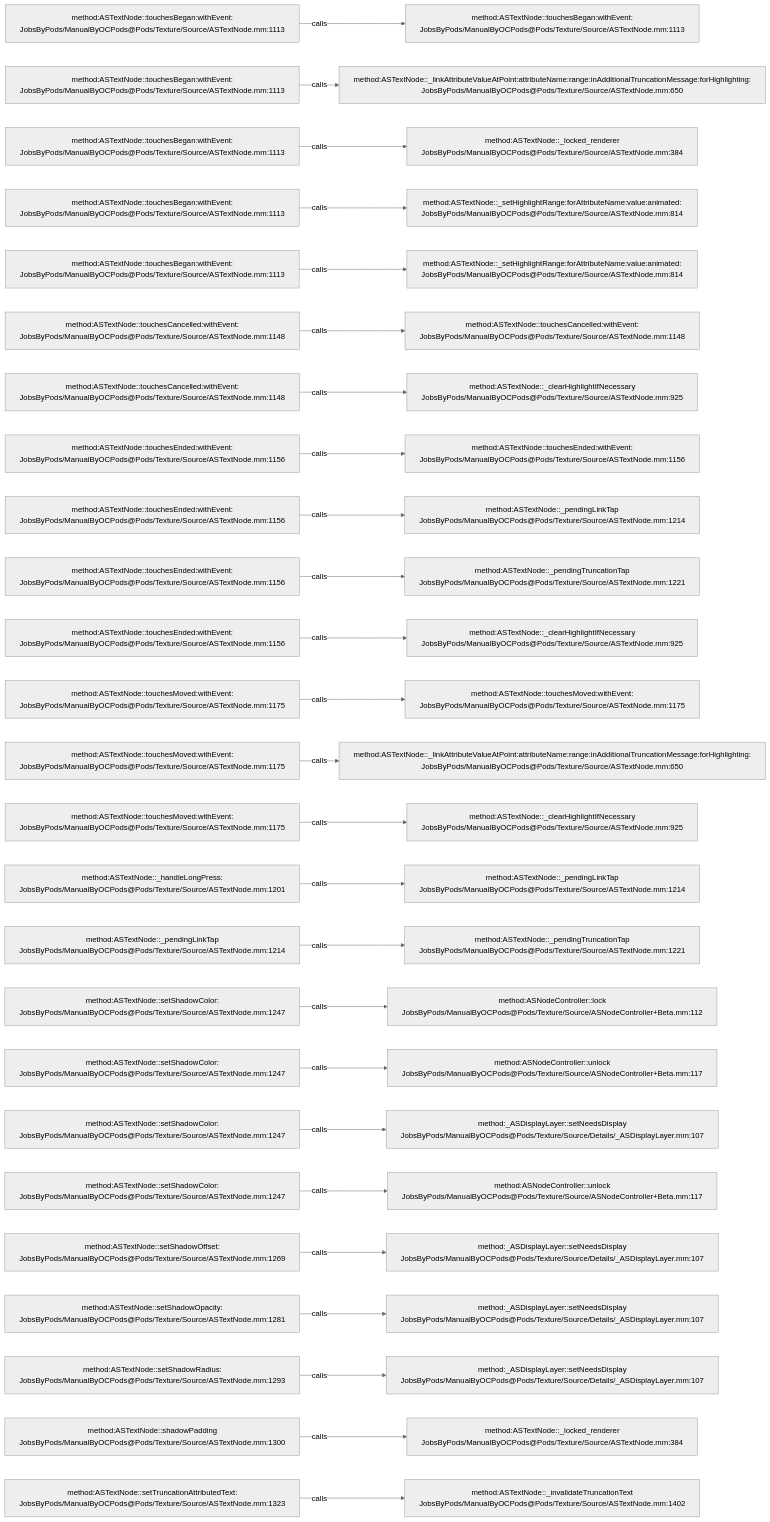
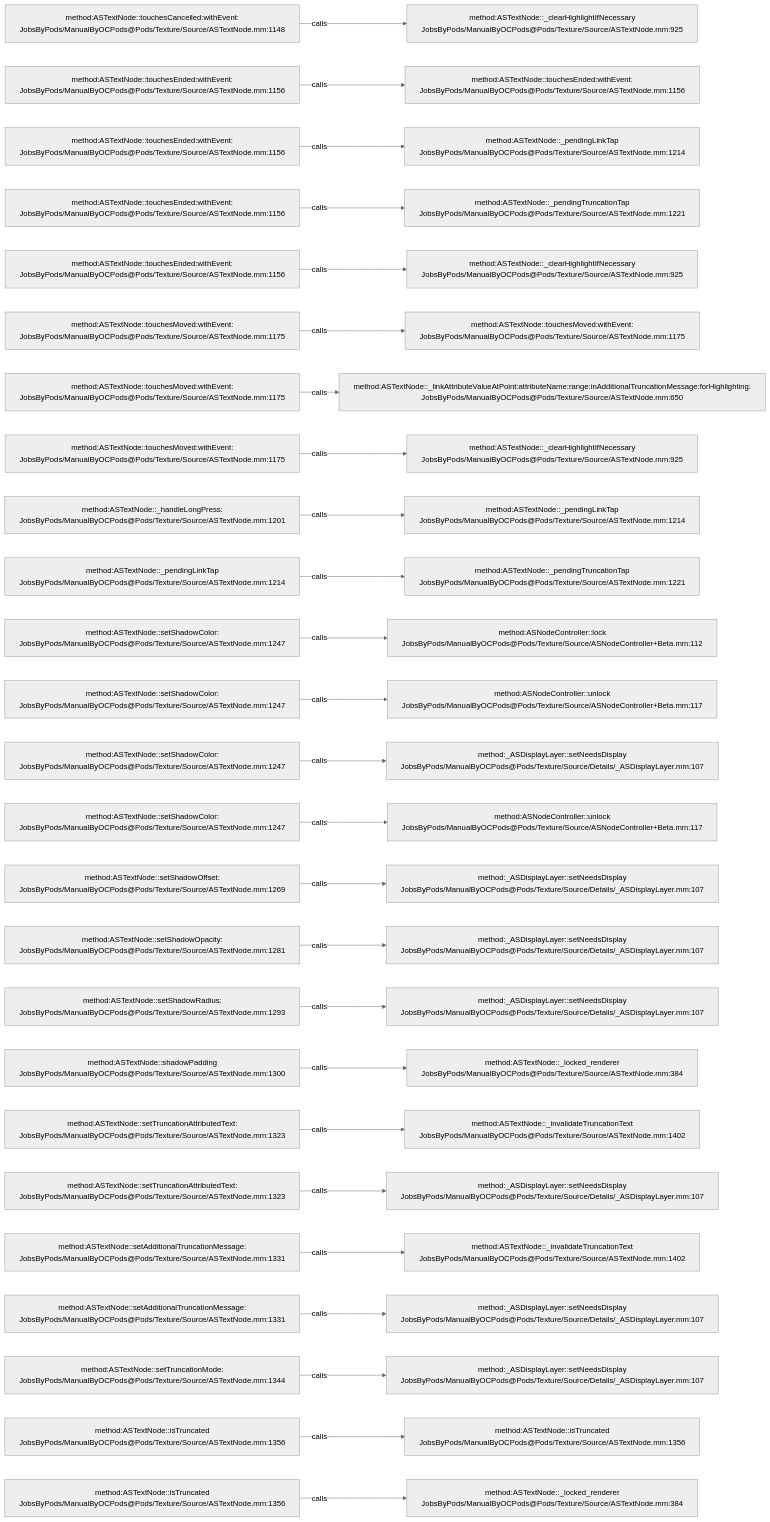
Before and after one commit to JobsKits/JobsOCBaseConfigDemo: the diagram in .codegraph/codegraph.md/graphs/calls-129.md, drawn with Mermaid (neutral theme). The commit also changed 666 other files, not shown here.

````diff
--- a/.codegraph/codegraph.md/graphs/calls-129.md
+++ b/.codegraph/codegraph.md/graphs/calls-129.md
@@ -13,78 +13,78 @@
 ```mermaid
 flowchart LR
-  S1["method:ASTextNode::touchesBegan:withEvent:<br/>JobsByPods/ManualByOCPods@Pods/Texture/Source/ASTextNode.mm:1113"]
-  T1["method:ASTextNode::touchesBegan:withEvent:<br/>JobsByPods/ManualByOCPods@Pods/Texture/Source/ASTextNode.mm:1113"]
+  S1["method:ASTextNode::touchesCancelled:withEvent:<br/>JobsByPods/ManualByOCPods@Pods/Texture/Source/ASTextNode.mm:1148"]
+  T1["method:ASTextNode::_clearHighlightIfNecessary<br/>JobsByPods/ManualByOCPods@Pods/Texture/Source/ASTextNode.mm:925"]
   S1 -->|calls| T1
-  S2["method:ASTextNode::touchesBegan:withEvent:<br/>JobsByPods/ManualByOCPods@Pods/Texture/Source/ASTextNode.mm:1113"]
-  T2["method:ASTextNode::_linkAttributeValueAtPoint:attributeName:range:inAdditionalTruncationMessage:forHighlighting:<br/>JobsByPods/ManualByOCPods@Pods/Texture/Source/ASTextNode.mm:650"]
+  S2["method:ASTextNode::touchesEnded:withEvent:<br/>JobsByPods/ManualByOCPods@Pods/Texture/Source/ASTextNode.mm:1156"]
+  T2["method:ASTextNode::touchesEnded:withEvent:<br/>JobsByPods/ManualByOCPods@Pods/Texture/Source/ASTextNode.mm:1156"]
   S2 -->|calls| T2
-  S3["method:ASTextNode::touchesBegan:withEvent:<br/>JobsByPods/ManualByOCPods@Pods/Texture/Source/ASTextNode.mm:1113"]
-  T3["method:ASTextNode::_locked_renderer<br/>JobsByPods/ManualByOCPods@Pods/Texture/Source/ASTextNode.mm:384"]
+  S3["method:ASTextNode::touchesEnded:withEvent:<br/>JobsByPods/ManualByOCPods@Pods/Texture/Source/ASTextNode.mm:1156"]
+  T3["method:ASTextNode::_pendingLinkTap<br/>JobsByPods/ManualByOCPods@Pods/Texture/Source/ASTextNode.mm:1214"]
   S3 -->|calls| T3
-  S4["method:ASTextNode::touchesBegan:withEvent:<br/>JobsByPods/ManualByOCPods@Pods/Texture/Source/ASTextNode.mm:1113"]
-  T4["method:ASTextNode::_setHighlightRange:forAttributeName:value:animated:<br/>JobsByPods/ManualByOCPods@Pods/Texture/Source/ASTextNode.mm:814"]
+  S4["method:ASTextNode::touchesEnded:withEvent:<br/>JobsByPods/ManualByOCPods@Pods/Texture/Source/ASTextNode.mm:1156"]
+  T4["method:ASTextNode::_pendingTruncationTap<br/>JobsByPods/ManualByOCPods@Pods/Texture/Source/ASTextNode.mm:1221"]
   S4 -->|calls| T4
-  S5["method:ASTextNode::touchesBegan:withEvent:<br/>JobsByPods/ManualByOCPods@Pods/Texture/Source/ASTextNode.mm:1113"]
-  T5["method:ASTextNode::_setHighlightRange:forAttributeName:value:animated:<br/>JobsByPods/ManualByOCPods@Pods/Texture/Source/ASTextNode.mm:814"]
+  S5["method:ASTextNode::touchesEnded:withEvent:<br/>JobsByPods/ManualByOCPods@Pods/Texture/Source/ASTextNode.mm:1156"]
+  T5["method:ASTextNode::_clearHighlightIfNecessary<br/>JobsByPods/ManualByOCPods@Pods/Texture/Source/ASTextNode.mm:925"]
   S5 -->|calls| T5
-  S6["method:ASTextNode::touchesCancelled:withEvent:<br/>JobsByPods/ManualByOCPods@Pods/Texture/Source/ASTextNode.mm:1148"]
-  T6["method:ASTextNode::touchesCancelled:withEvent:<br/>JobsByPods/ManualByOCPods@Pods/Texture/Source/ASTextNode.mm:1148"]
+  S6["method:ASTextNode::touchesMoved:withEvent:<br/>JobsByPods/ManualByOCPods@Pods/Texture/Source/ASTextNode.mm:1175"]
+  T6["method:ASTextNode::touchesMoved:withEvent:<br/>JobsByPods/ManualByOCPods@Pods/Texture/Source/ASTextNode.mm:1175"]
   S6 -->|calls| T6
-  S7["method:ASTextNode::touchesCancelled:withEvent:<br/>JobsByPods/ManualByOCPods@Pods/Texture/Source/ASTextNode.mm:1148"]
-  T7["method:ASTextNode::_clearHighlightIfNecessary<br/>JobsByPods/ManualByOCPods@Pods/Texture/Source/ASTextNode.mm:925"]
+  S7["method:ASTextNode::touchesMoved:withEvent:<br/>JobsByPods/ManualByOCPods@Pods/Texture/Source/ASTextNode.mm:1175"]
+  T7["method:ASTextNode::_linkAttributeValueAtPoint:attributeName:range:inAdditionalTruncationMessage:forHighlighting:<br/>JobsByPods/ManualByOCPods@Pods/Texture/Source/ASTextNode.mm:650"]
   S7 -->|calls| T7
-  S8["method:ASTextNode::touchesEnded:withEvent:<br/>JobsByPods/ManualByOCPods@Pods/Texture/Source/ASTextNode.mm:1156"]
-  T8["method:ASTextNode::touchesEnded:withEvent:<br/>JobsByPods/ManualByOCPods@Pods/Texture/Source/ASTextNode.mm:1156"]
+  S8["method:ASTextNode::touchesMoved:withEvent:<br/>JobsByPods/ManualByOCPods@Pods/Texture/Source/ASTextNode.mm:1175"]
+  T8["method:ASTextNode::_clearHighlightIfNecessary<br/>JobsByPods/ManualByOCPods@Pods/Texture/Source/ASTextNode.mm:925"]
   S8 -->|calls| T8
-  S9["method:ASTextNode::touchesEnded:withEvent:<br/>JobsByPods/ManualByOCPods@Pods/Texture/Source/ASTextNode.mm:1156"]
+  S9["method:ASTextNode::_handleLongPress:<br/>JobsByPods/ManualByOCPods@Pods/Texture/Source/ASTextNode.mm:1201"]
   T9["method:ASTextNode::_pendingLinkTap<br/>JobsByPods/ManualByOCPods@Pods/Texture/Source/ASTextNode.mm:1214"]
   S9 -->|calls| T9
-  S10["method:ASTextNode::touchesEnded:withEvent:<br/>JobsByPods/ManualByOCPods@Pods/Texture/Source/ASTextNode.mm:1156"]
+  S10["method:ASTextNode::_pendingLinkTap<br/>JobsByPods/ManualByOCPods@Pods/Texture/Source/ASTextNode.mm:1214"]
   T10["method:ASTextNode::_pendingTruncationTap<br/>JobsByPods/ManualByOCPods@Pods/Texture/Source/ASTextNode.mm:1221"]
   S10 -->|calls| T10
-  S11["method:ASTextNode::touchesEnded:withEvent:<br/>JobsByPods/ManualByOCPods@Pods/Texture/Source/ASTextNode.mm:1156"]
-  T11["method:ASTextNode::_clearHighlightIfNecessary<br/>JobsByPods/ManualByOCPods@Pods/Texture/Source/ASTextNode.mm:925"]
+  S11["method:ASTextNode::setShadowColor:<br/>JobsByPods/ManualByOCPods@Pods/Texture/Source/ASTextNode.mm:1247"]
+  T11["method:ASNodeController::lock<br/>JobsByPods/ManualByOCPods@Pods/Texture/Source/ASNodeController+Beta.mm:112"]
   S11 -->|calls| T11
-  S12["method:ASTextNode::touchesMoved:withEvent:<br/>JobsByPods/ManualByOCPods@Pods/Texture/Source/ASTextNode.mm:1175"]
-  T12["method:ASTextNode::touchesMoved:withEvent:<br/>JobsByPods/ManualByOCPods@Pods/Texture/Source/ASTextNode.mm:1175"]
+  S12["method:ASTextNode::setShadowColor:<br/>JobsByPods/ManualByOCPods@Pods/Texture/Source/ASTextNode.mm:1247"]
+  T12["method:ASNodeController::unlock<br/>JobsByPods/ManualByOCPods@Pods/Texture/Source/ASNodeController+Beta.mm:117"]
   S12 -->|calls| T12
-  S13["method:ASTextNode::touchesMoved:withEvent:<br/>JobsByPods/ManualByOCPods@Pods/Texture/Source/ASTextNode.mm:1175"]
-  T13["method:ASTextNode::_linkAttributeValueAtPoint:attributeName:range:inAdditionalTruncationMessage:forHighlighting:<br/>JobsByPods/ManualByOCPods@Pods/Texture/Source/ASTextNode.mm:650"]
+  S13["method:ASTextNode::setShadowColor:<br/>JobsByPods/ManualByOCPods@Pods/Texture/Source/ASTextNode.mm:1247"]
+  T13["method:_ASDisplayLayer::setNeedsDisplay<br/>JobsByPods/ManualByOCPods@Pods/Texture/Source/Details/_ASDisplayLayer.mm:107"]
   S13 -->|calls| T13
-  S14["method:ASTextNode::touchesMoved:withEvent:<br/>JobsByPods/ManualByOCPods@Pods/Texture/Source/ASTextNode.mm:1175"]
-  T14["method:ASTextNode::_clearHighlightIfNecessary<br/>JobsByPods/ManualByOCPods@Pods/Texture/Source/ASTextNode.mm:925"]
+  S14["method:ASTextNode::setShadowColor:<br/>JobsByPods/ManualByOCPods@Pods/Texture/Source/ASTextNode.mm:1247"]
+  T14["method:ASNodeController::unlock<br/>JobsByPods/ManualByOCPods@Pods/Texture/Source/ASNodeController+Beta.mm:117"]
   S14 -->|calls| T14
-  S15["method:ASTextNode::_handleLongPress:<br/>JobsByPods/ManualByOCPods@Pods/Texture/Source/ASTextNode.mm:1201"]
-  T15["method:ASTextNode::_pendingLinkTap<br/>JobsByPods/ManualByOCPods@Pods/Texture/Source/ASTextNode.mm:1214"]
+  S15["method:ASTextNode::setShadowOffset:<br/>JobsByPods/ManualByOCPods@Pods/Texture/Source/ASTextNode.mm:1269"]
+  T15["method:_ASDisplayLayer::setNeedsDisplay<br/>JobsByPods/ManualByOCPods@Pods/Texture/Source/Details/_ASDisplayLayer.mm:107"]
   S15 -->|calls| T15
-  S16["method:ASTextNode::_pendingLinkTap<br/>JobsByPods/ManualByOCPods@Pods/Texture/Source/ASTextNode.mm:1214"]
-  T16["method:ASTextNode::_pendingTruncationTap<br/>JobsByPods/ManualByOCPods@Pods/Texture/Source/ASTextNode.mm:1221"]
+  S16["method:ASTextNode::setShadowOpacity:<br/>JobsByPods/ManualByOCPods@Pods/Texture/Source/ASTextNode.mm:1281"]
+  T16["method:_ASDisplayLayer::setNeedsDisplay<br/>JobsByPods/ManualByOCPods@Pods/Texture/Source/Details/_ASDisplayLayer.mm:107"]
   S16 -->|calls| T16
-  S17["method:ASTextNode::setShadowColor:<br/>JobsByPods/ManualByOCPods@Pods/Texture/Source/ASTextNode.mm:1247"]
-  T17["method:ASNodeController::lock<br/>JobsByPods/ManualByOCPods@Pods/Texture/Source/ASNodeController+Beta.mm:112"]
+  S17["method:ASTextNode::setShadowRadius:<br/>JobsByPods/ManualByOCPods@Pods/Texture/Source/ASTextNode.mm:1293"]
+  T17["method:_ASDisplayLayer::setNeedsDisplay<br/>JobsByPods/ManualByOCPods@Pods/Texture/Source/Details/_ASDisplayLayer.mm:107"]
   S17 -->|calls| T17
-  S18["method:ASTextNode::setShadowColor:<br/>JobsByPods/ManualByOCPods@Pods/Texture/Source/ASTextNode.mm:1247"]
-  T18["method:ASNodeController::unlock<br/>JobsByPods/ManualByOCPods@Pods/Texture/Source/ASNodeController+Beta.mm:117"]
+  S18["method:ASTextNode::shadowPadding<br/>JobsByPods/ManualByOCPods@Pods/Texture/Source/ASTextNode.mm:1300"]
+  T18["method:ASTextNode::_locked_renderer<br/>JobsByPods/ManualByOCPods@Pods/Texture/Source/ASTextNode.mm:384"]
   S18 -->|calls| T18
-  S19["method:ASTextNode::setShadowColor:<br/>JobsByPods/ManualByOCPods@Pods/Texture/Source/ASTextNode.mm:1247"]
-  T19["method:_ASDisplayLayer::setNeedsDisplay<br/>JobsByPods/ManualByOCPods@Pods/Texture/Source/Details/_ASDisplayLayer.mm:107"]
+  S19["method:ASTextNode::setTruncationAttributedText:<br/>JobsByPods/ManualByOCPods@Pods/Texture/Source/ASTextNode.mm:1323"]
+  T19["method:ASTextNode::_invalidateTruncationText<br/>JobsByPods/ManualByOCPods@Pods/Texture/Source/ASTextNode.mm:1402"]
   S19 -->|calls| T19
-  S20["method:ASTextNode::setShadowColor:<br/>JobsByPods/ManualByOCPods@Pods/Texture/Source/ASTextNode.mm:1247"]
-  T20["method:ASNodeController::unlock<br/>JobsByPods/ManualByOCPods@Pods/Texture/Source/ASNodeController+Beta.mm:117"]
+  S20["method:ASTextNode::setTruncationAttributedText:<br/>JobsByPods/ManualByOCPods@Pods/Texture/Source/ASTextNode.mm:1323"]
+  T20["method:_ASDisplayLayer::setNeedsDisplay<br/>JobsByPods/ManualByOCPods@Pods/Texture/Source/Details/_ASDisplayLayer.mm:107"]
   S20 -->|calls| T20
-  S21["method:ASTextNode::setShadowOffset:<br/>JobsByPods/ManualByOCPods@Pods/Texture/Source/ASTextNode.mm:1269"]
-  T21["method:_ASDisplayLayer::setNeedsDisplay<br/>JobsByPods/ManualByOCPods@Pods/Texture/Source/Details/_ASDisplayLayer.mm:107"]
+  S21["method:ASTextNode::setAdditionalTruncationMessage:<br/>JobsByPods/ManualByOCPods@Pods/Texture/Source/ASTextNode.mm:1331"]
+  T21["method:ASTextNode::_invalidateTruncationText<br/>JobsByPods/ManualByOCPods@Pods/Texture/Source/ASTextNode.mm:1402"]
   S21 -->|calls| T21
-  S22["method:ASTextNode::setShadowOpacity:<br/>JobsByPods/ManualByOCPods@Pods/Texture/Source/ASTextNode.mm:1281"]
+  S22["method:ASTextNode::setAdditionalTruncationMessage:<br/>JobsByPods/ManualByOCPods@Pods/Texture/Source/ASTextNode.mm:1331"]
   T22["method:_ASDisplayLayer::setNeedsDisplay<br/>JobsByPods/ManualByOCPods@Pods/Texture/Source/Details/_ASDisplayLayer.mm:107"]
   S22 -->|calls| T22
-  S23["method:ASTextNode::setShadowRadius:<br/>JobsByPods/ManualByOCPods@Pods/Texture/Source/ASTextNode.mm:1293"]
+  S23["method:ASTextNode::setTruncationMode:<br/>JobsByPods/ManualByOCPods@Pods/Texture/Source/ASTextNode.mm:1344"]
   T23["method:_ASDisplayLayer::setNeedsDisplay<br/>JobsByPods/ManualByOCPods@Pods/Texture/Source/Details/_ASDisplayLayer.mm:107"]
   S23 -->|calls| T23
-  S24["method:ASTextNode::shadowPadding<br/>JobsByPods/ManualByOCPods@Pods/Texture/Source/ASTextNode.mm:1300"]
-  T24["method:ASTextNode::_locked_renderer<br/>JobsByPods/ManualByOCPods@Pods/Texture/Source/ASTextNode.mm:384"]
+  S24["method:ASTextNode::isTruncated<br/>JobsByPods/ManualByOCPods@Pods/Texture/Source/ASTextNode.mm:1356"]
+  T24["method:ASTextNode::isTruncated<br/>JobsByPods/ManualByOCPods@Pods/Texture/Source/ASTextNode.mm:1356"]
   S24 -->|calls| T24
-  S25["method:ASTextNode::setTruncationAttributedText:<br/>JobsByPods/ManualByOCPods@Pods/Texture/Source/ASTextNode.mm:1323"]
-  T25["method:ASTextNode::_invalidateTruncationText<br/>JobsByPods/ManualByOCPods@Pods/Texture/Source/ASTextNode.mm:1402"]
+  S25["method:ASTextNode::isTruncated<br/>JobsByPods/ManualByOCPods@Pods/Texture/Source/ASTextNode.mm:1356"]
+  T25["method:ASTextNode::_locked_renderer<br/>JobsByPods/ManualByOCPods@Pods/Texture/Source/ASTextNode.mm:384"]
   S25 -->|calls| T25
 ```
````
